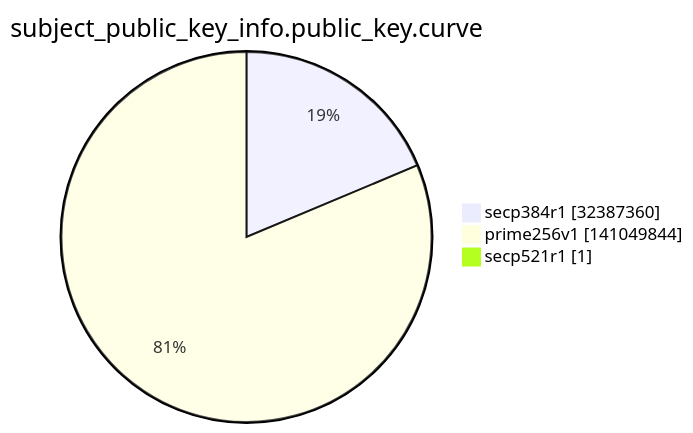
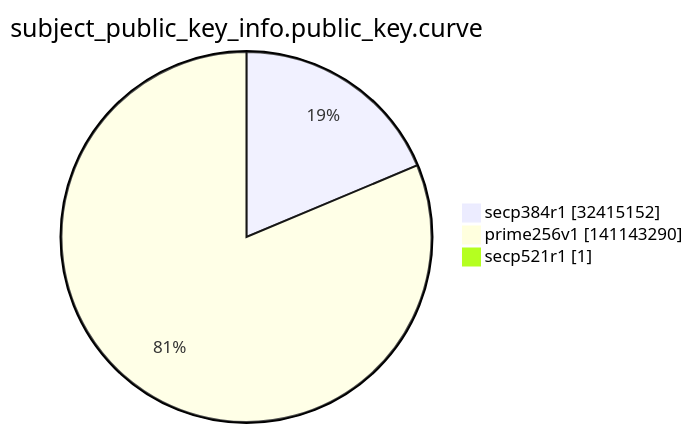
Before and after one commit to christiankrug/ctmonitor_visualization: the ninth of 15 diagrams in argon2022/README.md, drawn with Mermaid. The commit also changed other lines of this file, not shown here.

````diff
--- a/argon2022/README.md
+++ b/argon2022/README.md
@@ -2763,7 +2763,7 @@
 ```mermaid
 pie showData
 title subject_public_key_info.public_key.curve
-"secp384r1" :32387360
-"prime256v1" :141049844
+"secp384r1" :32415152
+"prime256v1" :141143290
 "secp521r1" :1
 ```
````
